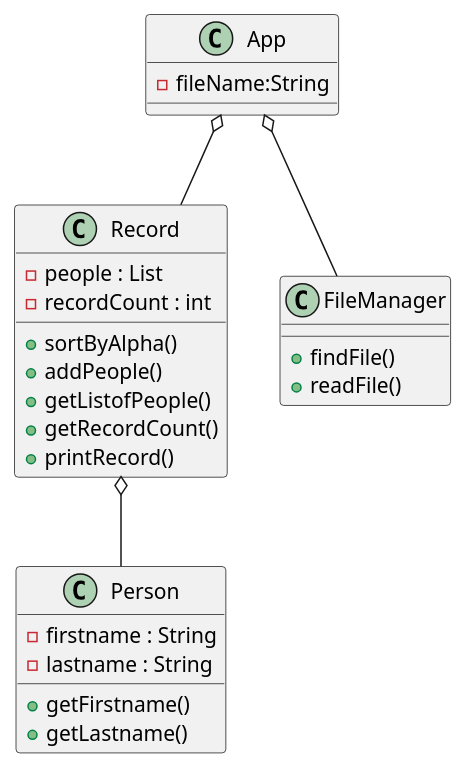
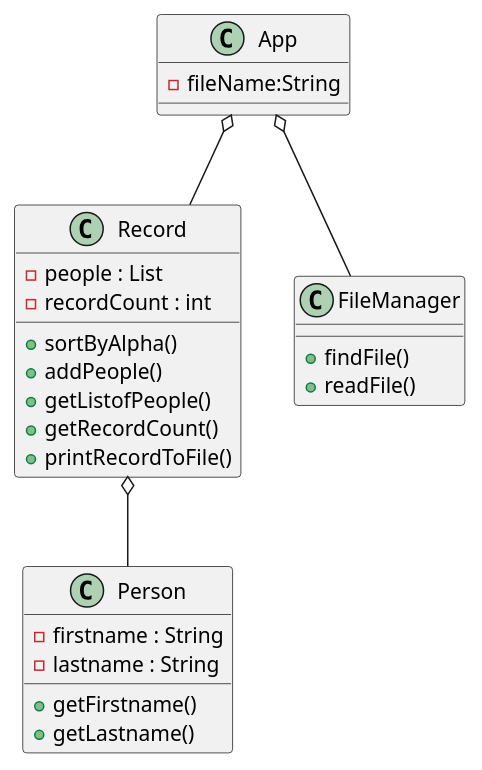
The diagram in src/main/java/ex41/NameSorter.puml (kingraham228/Ingraham-cop3330-assignment3), drawn with PlantUML before and after one commit. The commit also changed 3 other files, not shown here.

```diff
--- a/src/main/java/ex41/NameSorter.puml
+++ b/src/main/java/ex41/NameSorter.puml
@@ -1,31 +1,31 @@
 @startuml
 class Person{
 - firstname : String
 - lastname : String
 + getFirstname()
 + getLastname()
 }
 
 class Record{
 - people : List
 - recordCount : int
 + sortByAlpha()
 + addPeople()
 + getListofPeople()
 + getRecordCount()
-+ printRecord()
++ printRecordToFile()
 }
 
 class App{
 - fileName:String
 }
 
 class FileManager{
 +findFile()
 +readFile()
 }
 
 App o-- Record
 Record o-- Person
 App o-- FileManager
 @enduml
```
